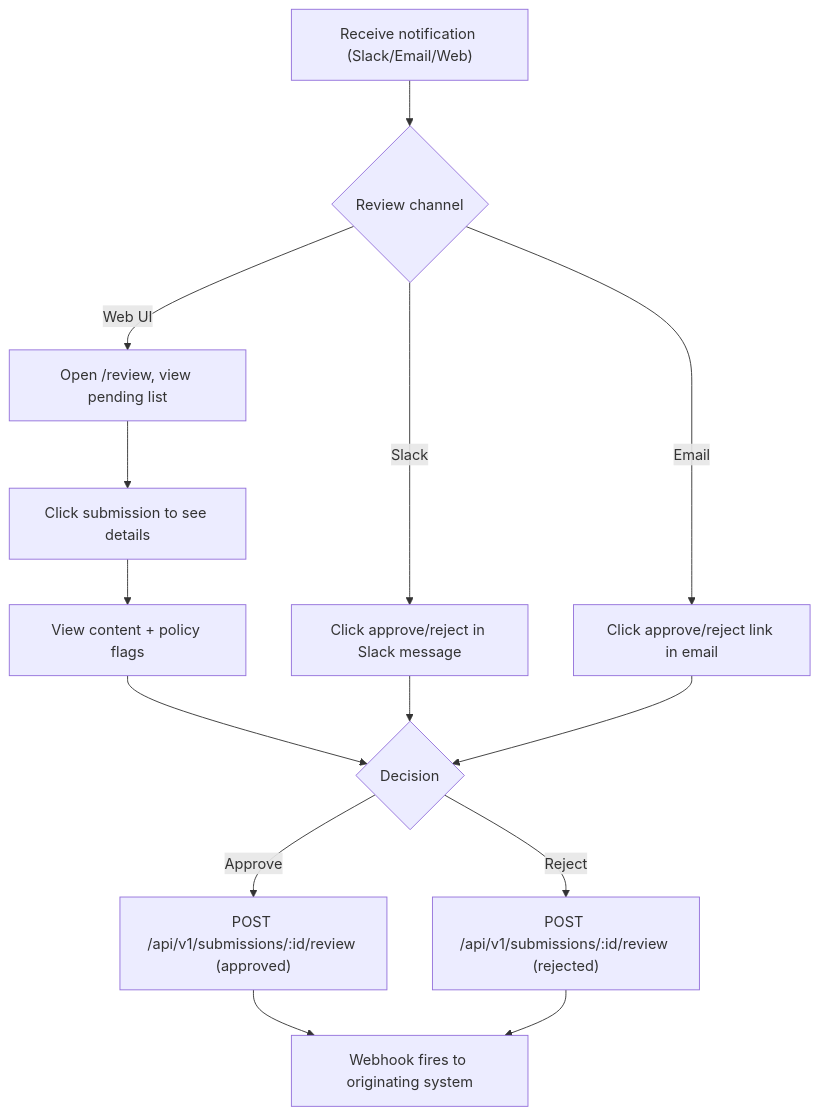
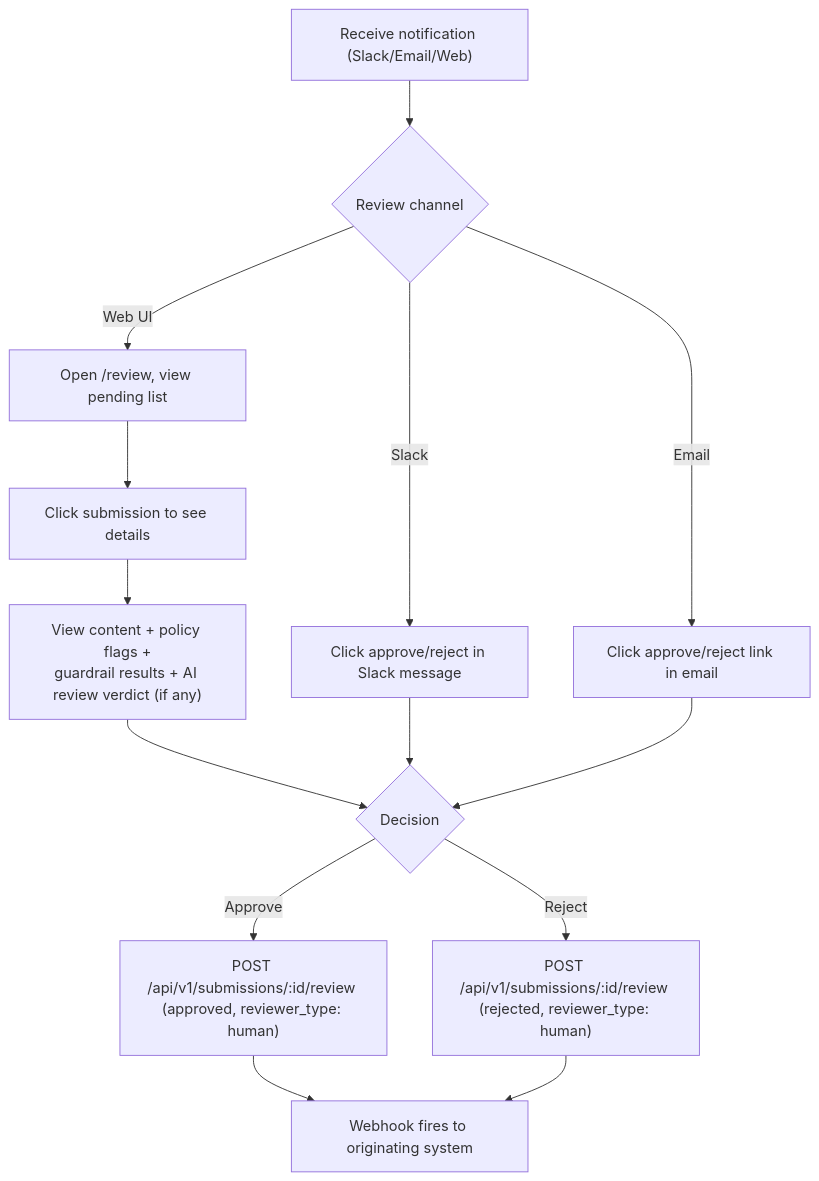
Before and after one commit to lsadehaan/greenlight: the second of 4 diagrams in docs/ux/ux-spec.md, drawn with Mermaid. The commit also changed other lines of this file and 5 other files, not shown here.

````diff
--- a/docs/ux/ux-spec.md
+++ b/docs/ux/ux-spec.md
@@ -29,16 +42,16 @@
 ```mermaid
 flowchart TD
     A["Receive notification (Slack/Email/Web)"] --> B{"Review channel"}
     B -->|Slack| C["Click approve/reject in Slack message"]
     B -->|Email| D["Click approve/reject link in email"]
     B -->|Web UI| E["Open /review, view pending list"]
     E --> F["Click submission to see details"]
-    F --> G["View content + policy flags"]
+    F --> G["View content + policy flags +<br/>guardrail results + AI review verdict (if any)"]
     G --> H{"Decision"}
     C --> H
     D --> H
-    H -->|Approve| I["POST /api/v1/submissions/:id/review (approved)"]
-    H -->|Reject| J["POST /api/v1/submissions/:id/review (rejected)"]
+    H -->|Approve| I["POST /api/v1/submissions/:id/review (approved, reviewer_type: human)"]
+    H -->|Reject| J["POST /api/v1/submissions/:id/review (rejected, reviewer_type: human)"]
     I --> K["Webhook fires to originating system"]
     J --> K
 ```
````
